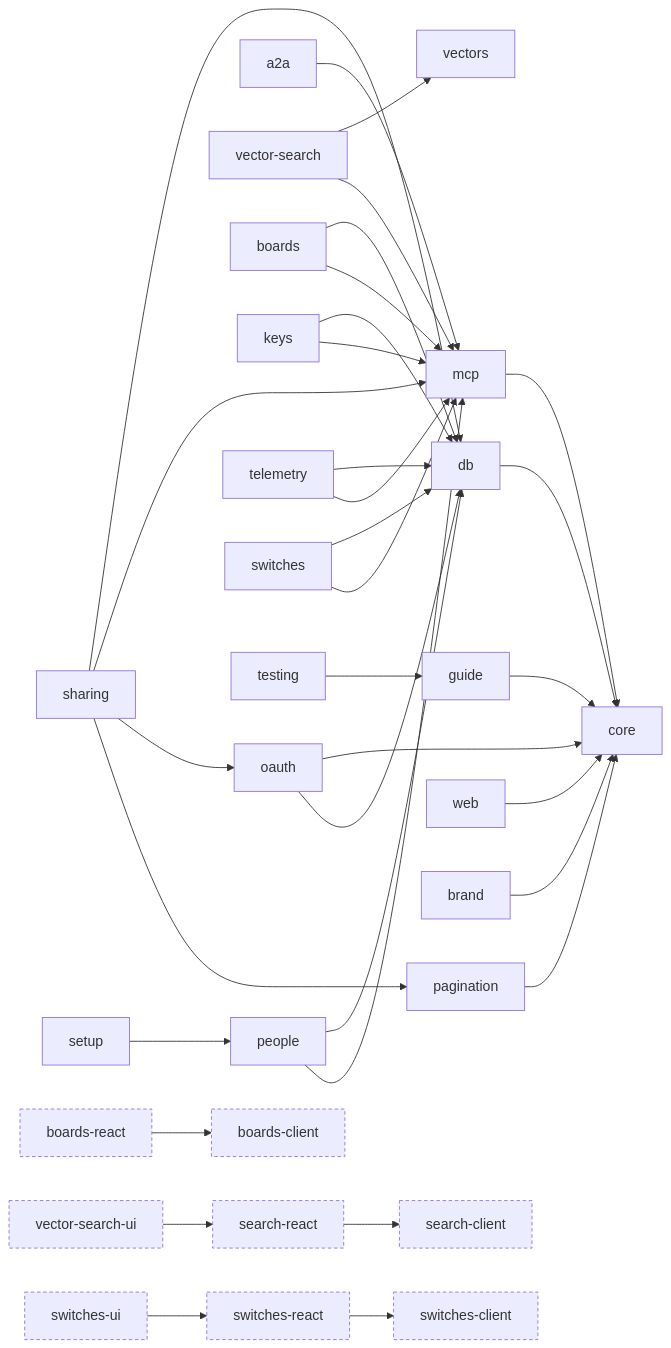
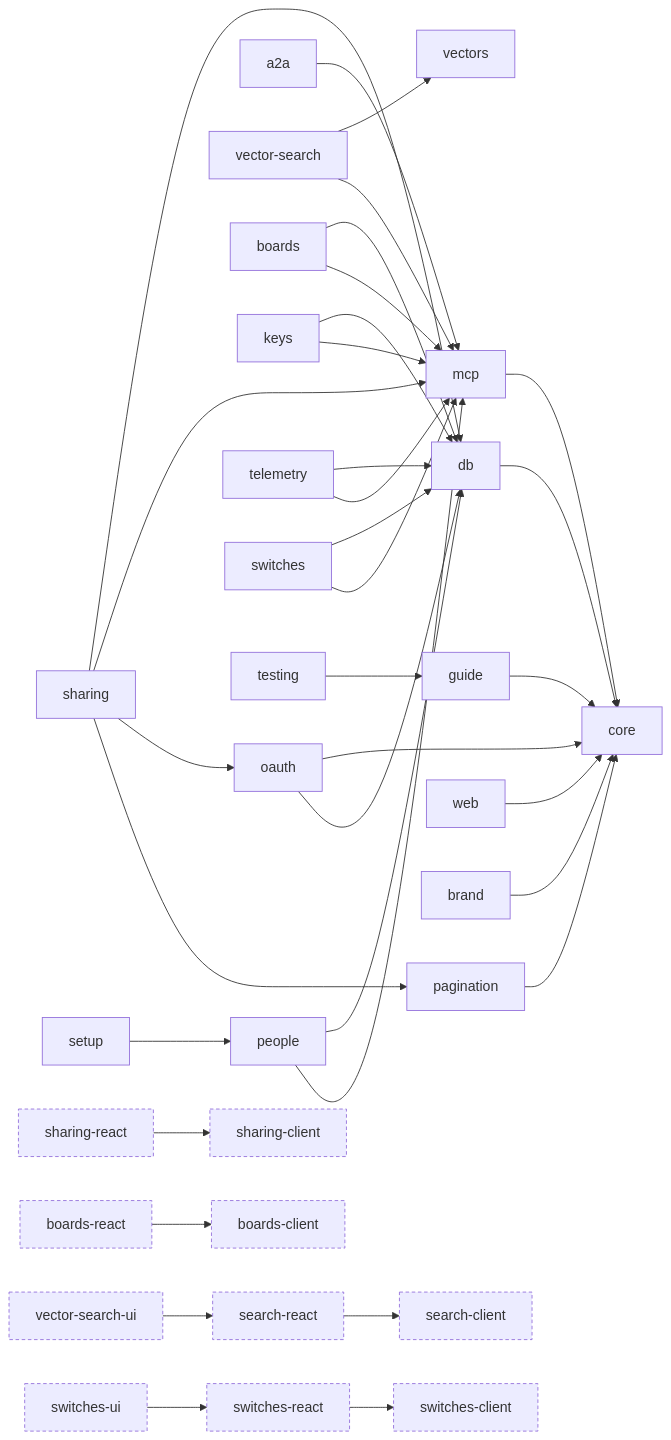
The diagram in docs/PARTS.md (escalay/api-kit), drawn with Mermaid before and after one commit. The commit also changed other lines of this file and 12 other files, not shown here.

Commit message:
feat(sharing-client, sharing-react): the owner's sharing in the browser

````diff
--- a/docs/PARTS.md
+++ b/docs/PARTS.md
@@ -81,64 +83,67 @@
 ```mermaid
 flowchart LR
   core[core]
   db[db]
   oauth[oauth]
   pagination[pagination]
   guide[guide]
   mcp[mcp]
   a2a[a2a]
   vectors[vectors]
   vector_search[vector-search]
   web[web]
   brand[brand]
   boards[boards]
   keys[keys]
   people[people]
   setup[setup]
   telemetry[telemetry]
   switches[switches]
   sharing[sharing]
   testing[testing]
   search_client[search-client]
   search_react[search-react]
   vector_search_ui[vector-search-ui]
   switches_client[switches-client]
   switches_react[switches-react]
   switches_ui[switches-ui]
+  sharing_client[sharing-client]
+  sharing_react[sharing-react]
   boards_client[boards-client]
   boards_react[boards-react]
   db --> core
   oauth --> core
   oauth --> db
   pagination --> core
   guide --> core
   mcp --> core
   a2a --> mcp
   vector_search --> vectors
   vector_search --> mcp
   web --> core
   brand --> core
   boards --> db
   boards --> mcp
   keys --> db
   keys --> mcp
   people --> db
   people --> mcp
   setup --> people
   telemetry --> db
   telemetry --> mcp
   switches --> db
   switches --> mcp
   sharing --> db
   sharing --> mcp
   sharing --> oauth
   sharing --> pagination
   testing --> guide
   search_react --> search_client
   vector_search_ui --> search_react
   switches_react --> switches_client
   switches_ui --> switches_react
+  sharing_react --> sharing_client
   boards_react --> boards_client
   classDef layer stroke-dasharray: 4 3
-  class search_client,search_react,vector_search_ui,switches_client,switches_react,switches_ui,boards_client,boards_react layer
+  class search_client,search_react,vector_search_ui,switches_client,switches_react,switches_ui,sharing_client,sharing_react,boards_client,boards_react layer
 ```
````
